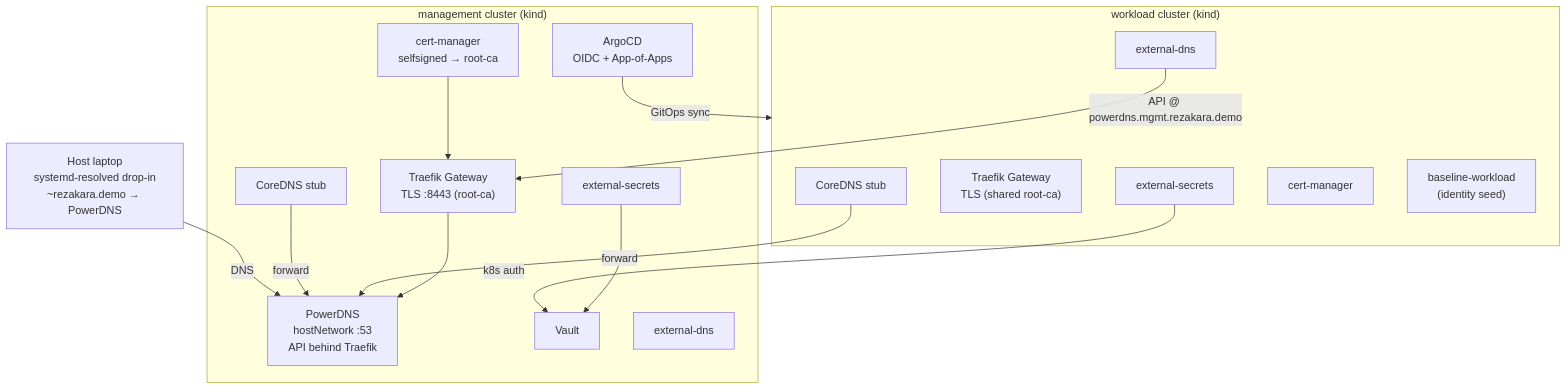
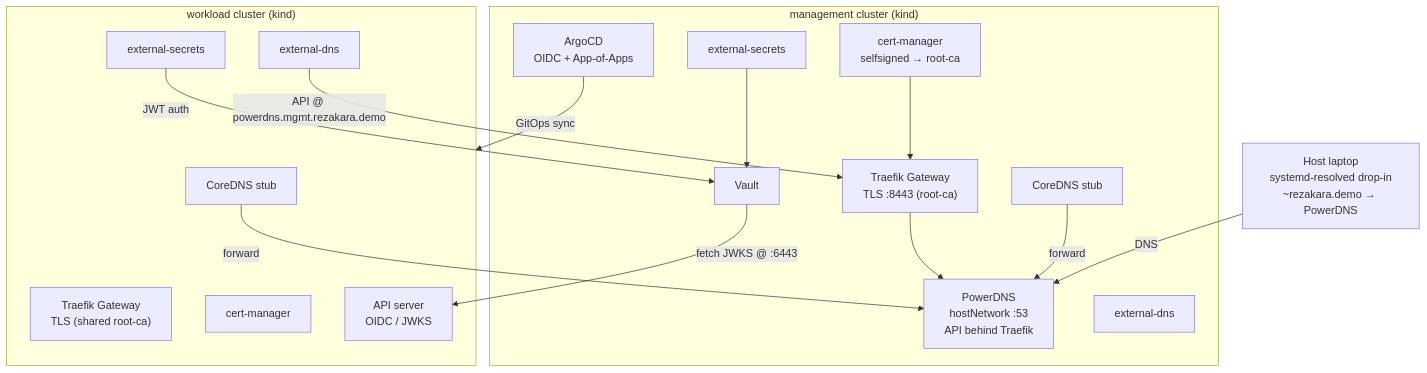
The diagram in infra/local/kind/ARCHITECTURE.md (rezakaramad/kubepave), drawn with Mermaid before and after one commit. The commit also changed other lines of this file and 5 other files, not shown here.

````diff
--- a/infra/local/kind/ARCHITECTURE.md
+++ b/infra/local/kind/ARCHITECTURE.md
@@ -17,33 +17,34 @@
 ```mermaid
 flowchart TB
     host["Host laptop<br/>systemd-resolved drop-in<br/>~rezakara.demo → PowerDNS"]
 
     subgraph mgmt["management cluster (kind)"]
         pdns["PowerDNS<br/>hostNetwork :53<br/>API behind Traefik"]
         coredns_m["CoreDNS stub"]
         traefik_m["Traefik Gateway<br/>TLS :8443 (root-ca)"]
         argocd["ArgoCD<br/>OIDC + App-of-Apps"]
         vault["Vault"]
         eso_m["external-secrets"]
         edns_m["external-dns"]
         cm_m["cert-manager<br/>selfsigned → root-ca"]
     end
 
     subgraph wl["workload cluster (kind)"]
         coredns_w["CoreDNS stub"]
         traefik_w["Traefik Gateway<br/>TLS (shared root-ca)"]
         eso_w["external-secrets"]
         edns_w["external-dns"]
         cm_w["cert-manager"]
-        seed["baseline-workload<br/>(identity seed)"]
+        api_w["API server<br/>OIDC / JWKS"]
     end
 
     host -->|DNS| pdns
     coredns_m -->|forward| pdns
     coredns_w -->|forward| pdns
     argocd -->|GitOps sync| wl
     edns_w -->|"API @ powerdns.mgmt.rezakara.demo"| traefik_m --> pdns
-    eso_w -->|k8s auth| vault
+    eso_w -->|JWT auth| vault
+    vault -->|"fetch JWKS @ :6443"| api_w
     eso_m --> vault
     cm_m --> traefik_m
 ```
````
